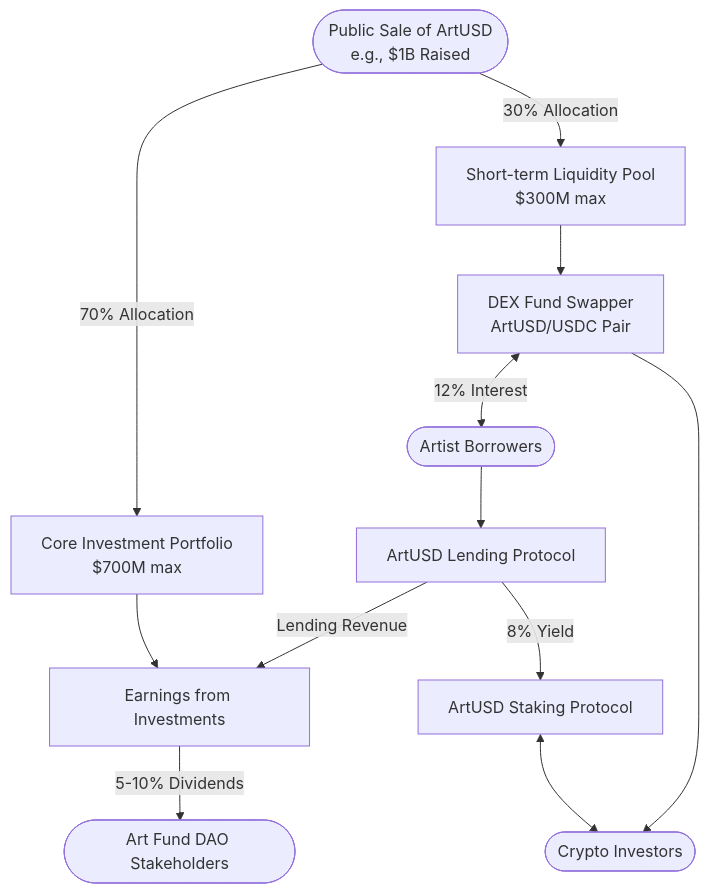
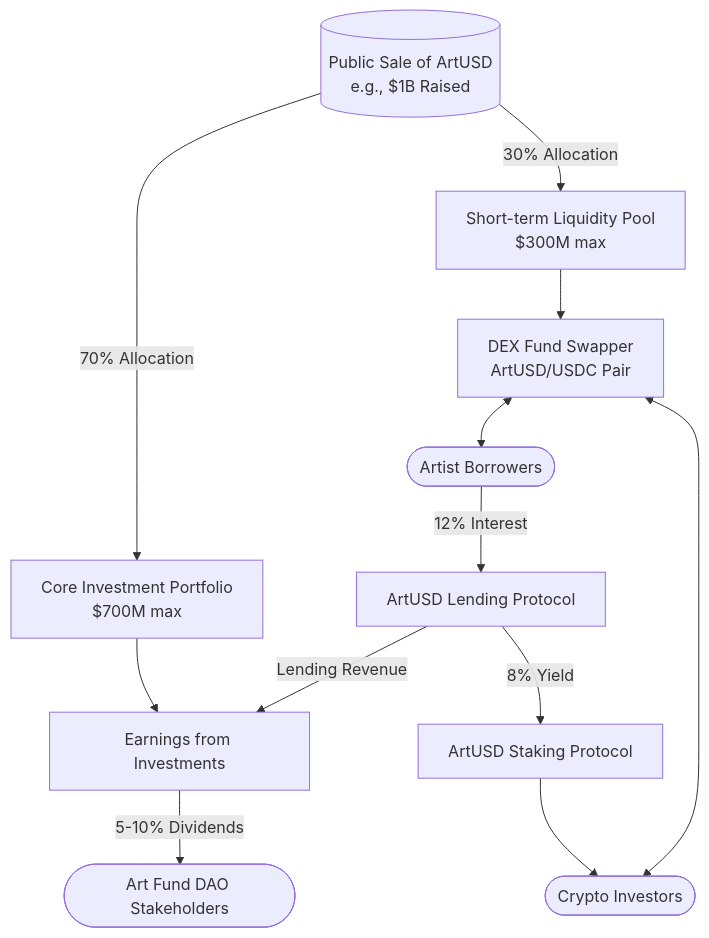
Before and after one commit to realmatterio/ArtUSD: the first of 2 diagrams in ArtUSD Finance Protocol and Revenue Streams.md, drawn with Mermaid.

Commit message:
Update ArtUSD Finance Protocol and Revenue Streams.md

````diff
--- a/ArtUSD Finance Protocol and Revenue Streams.md
+++ b/ArtUSD Finance Protocol and Revenue Streams.md
@@ -54,14 +54,14 @@
 ```mermaid
 graph TD
-    A([Public Sale of ArtUSD<br>e.g., $1B Raised]) -->|70% Allocation| B[Core Investment Portfolio<br>$700M max]
+    A[(Public Sale of ArtUSD<br>e.g., $1B Raised)] -->|70% Allocation| B[Core Investment Portfolio<br>$700M max]
     A -->|30% Allocation| C[Short-term Liquidity Pool<br>$300M max]
     B --> D[Earnings from Investments]
     D -->|5-10% Dividends| E([Art Fund DAO Stakeholders])
     F[ArtUSD Lending Protocol] -->|Lending Revenue| D
     F -->|8% Yield| G[ArtUSD Staking Protocol]
-    G <--> H([Crypto Investors])
+    G --> H([Crypto Investors])
     C --> I[DEX Fund Swapper<br>ArtUSD/USDC Pair]
-    I --> H
-    I <--> |12% Interest| J([Artist Borrowers])
-    J --> F
+    I <--> H
+    I <--> J([Artist Borrowers])
+    J --> |12% Interest| F
 ```
````
